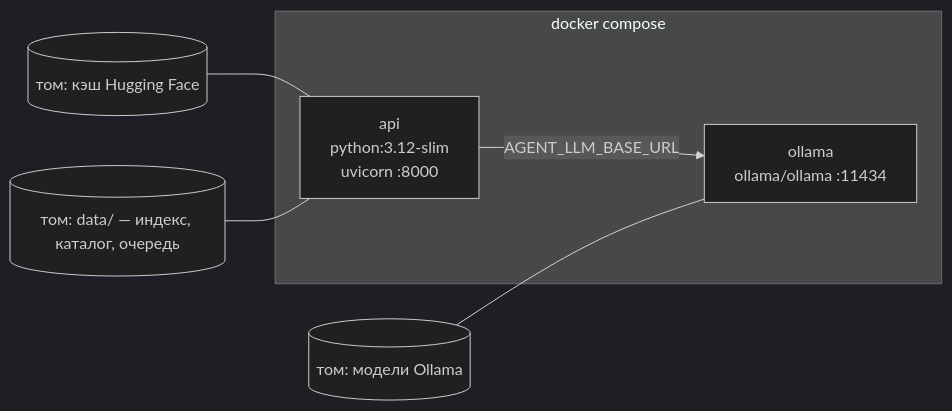
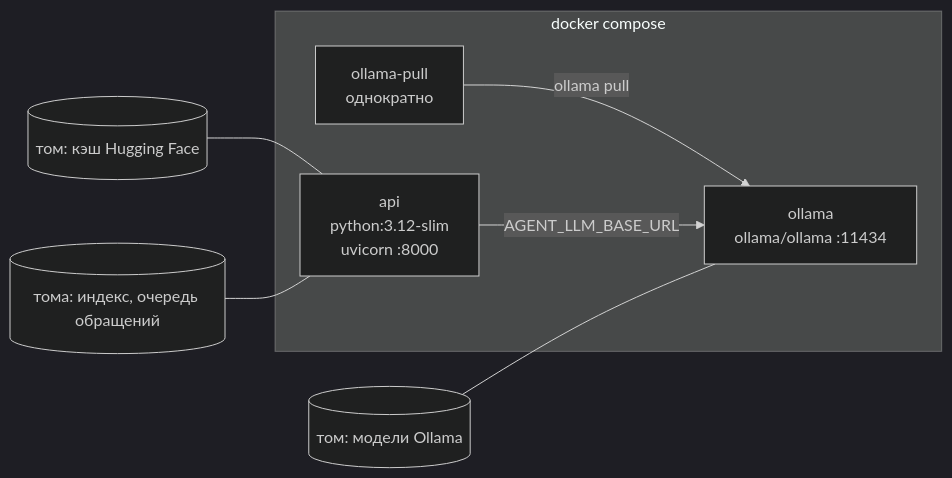
The third of 3 diagrams in docs/architecture.md (pozvit/kb-search-agent), drawn with Mermaid (dark theme) before and after one commit. The commit also changed other lines of this file and 18 other files, not shown here.

````diff
--- a/docs/architecture.md
+++ b/docs/architecture.md
@@ -274,11 +291,13 @@
 ```mermaid
 flowchart LR
     subgraph compose[docker compose]
         API[api<br/>python:3.12-slim<br/>uvicorn :8000]
         OL[ollama<br/>ollama/ollama :11434]
+        PULL[ollama-pull<br/>однократно]
     end
+    PULL -->|ollama pull| OL
     API -->|AGENT_LLM_BASE_URL| OL
     V1[(том: модели Ollama)] --- OL
     V2[(том: кэш Hugging Face)] --- API
-    V3[(том: data/ — индекс, каталог, очередь)] --- API
+    V3[(тома: индекс, очередь обращений)] --- API
 ```
````
